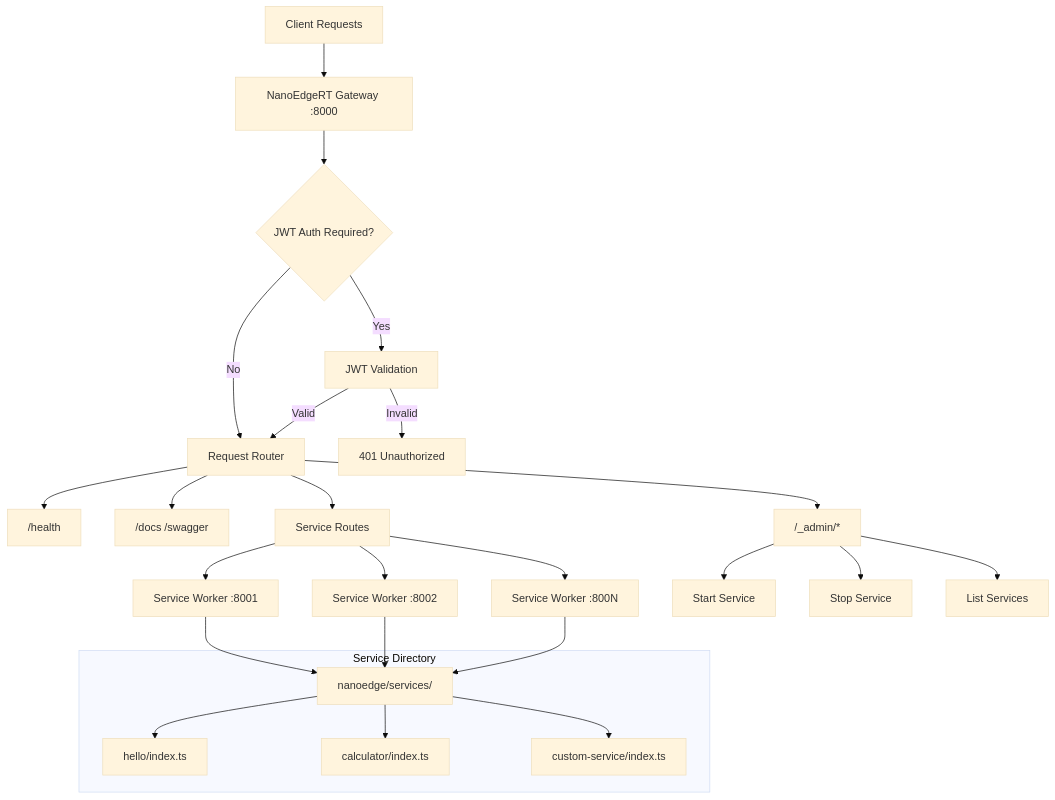
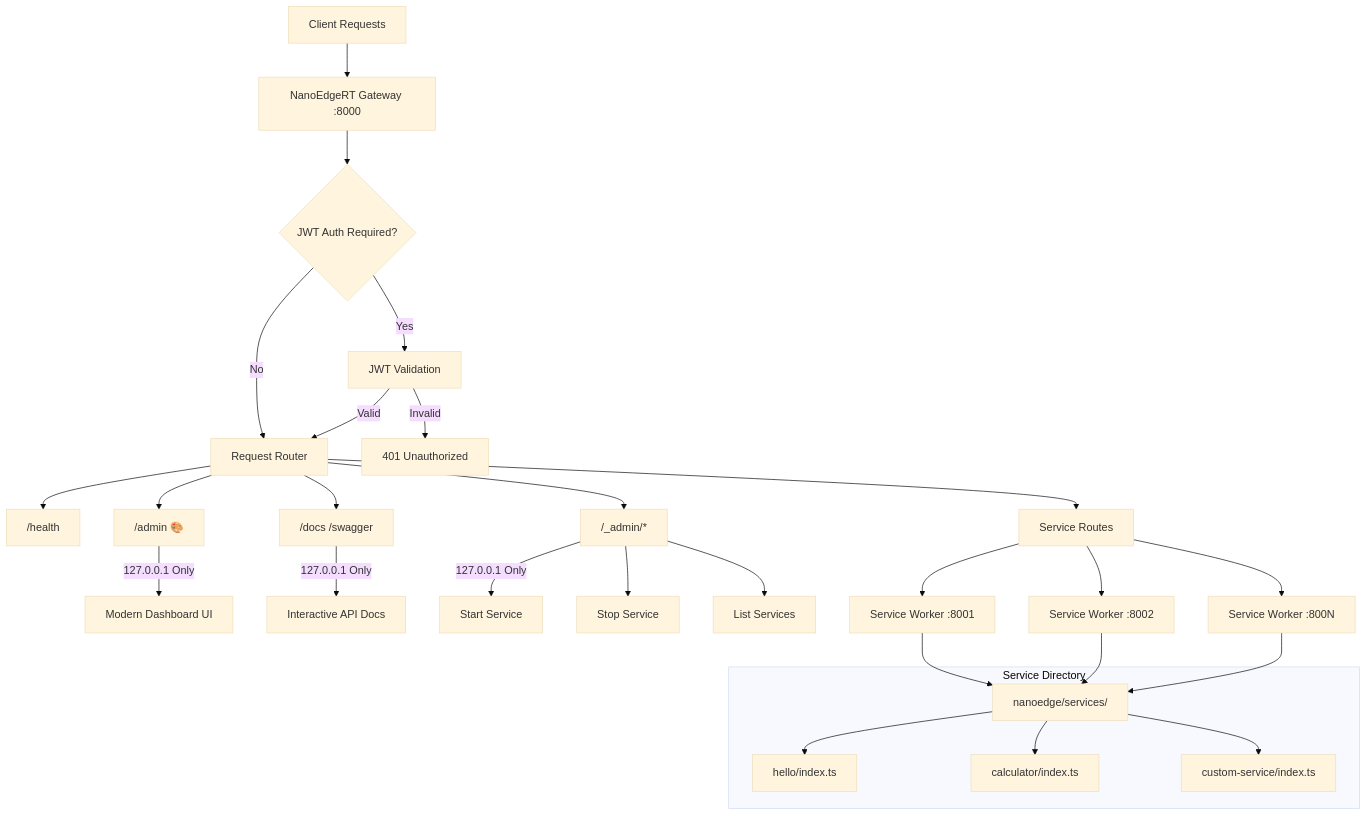
The first of 2 diagrams in README.md (NanoInfra/NanoEdgeRT), drawn with Mermaid (base theme) before and after one commit. The commit also changed other lines of this file and 9 other files, not shown here.

````diff
--- a/README.md
+++ b/README.md
@@ -26,33 +30,36 @@
 ```mermaid
 graph TB
     Client[Client Requests] --> Gateway[NanoEdgeRT Gateway :8000]
     Gateway --> Auth{JWT Auth Required?}
     Auth -->|Yes| JWT[JWT Validation]
     Auth -->|No| Router[Request Router]
     JWT -->|Valid| Router
     JWT -->|Invalid| Error[401 Unauthorized]
     
     Router --> Health["/health"]
+    Router --> AdminUI["/admin 🎨"]
     Router --> Docs["/docs /swagger"]
-    Router --> Admin["/_admin/*"]
+    Router --> AdminAPI["/_admin/*"]
     Router --> Services[Service Routes]
+    
+    AdminUI -->|127.0.0.1 Only| Dashboard[Modern Dashboard UI]
+    Docs -->|127.0.0.1 Only| SwaggerUI[Interactive API Docs]
+    AdminAPI -->|127.0.0.1 Only| Start[Start Service]
+    AdminAPI --> Stop[Stop Service]
+    AdminAPI --> List[List Services]
     
     Services --> Worker1[Service Worker :8001]
     Services --> Worker2[Service Worker :8002]
     Services --> WorkerN[Service Worker :800N]
-    
-    Admin --> Start[Start Service]
-    Admin --> Stop[Stop Service]
-    Admin --> List[List Services]
     
     subgraph "Service Directory"
         ServiceFiles["nanoedge/services/"]
         ServiceFiles --> Hello["hello/index.ts"]
         ServiceFiles --> Calculator["calculator/index.ts"]
         ServiceFiles --> Custom["custom-service/index.ts"]
     end
     
     Worker1 --> ServiceFiles
     Worker2 --> ServiceFiles
     WorkerN --> ServiceFiles
 ```
````
